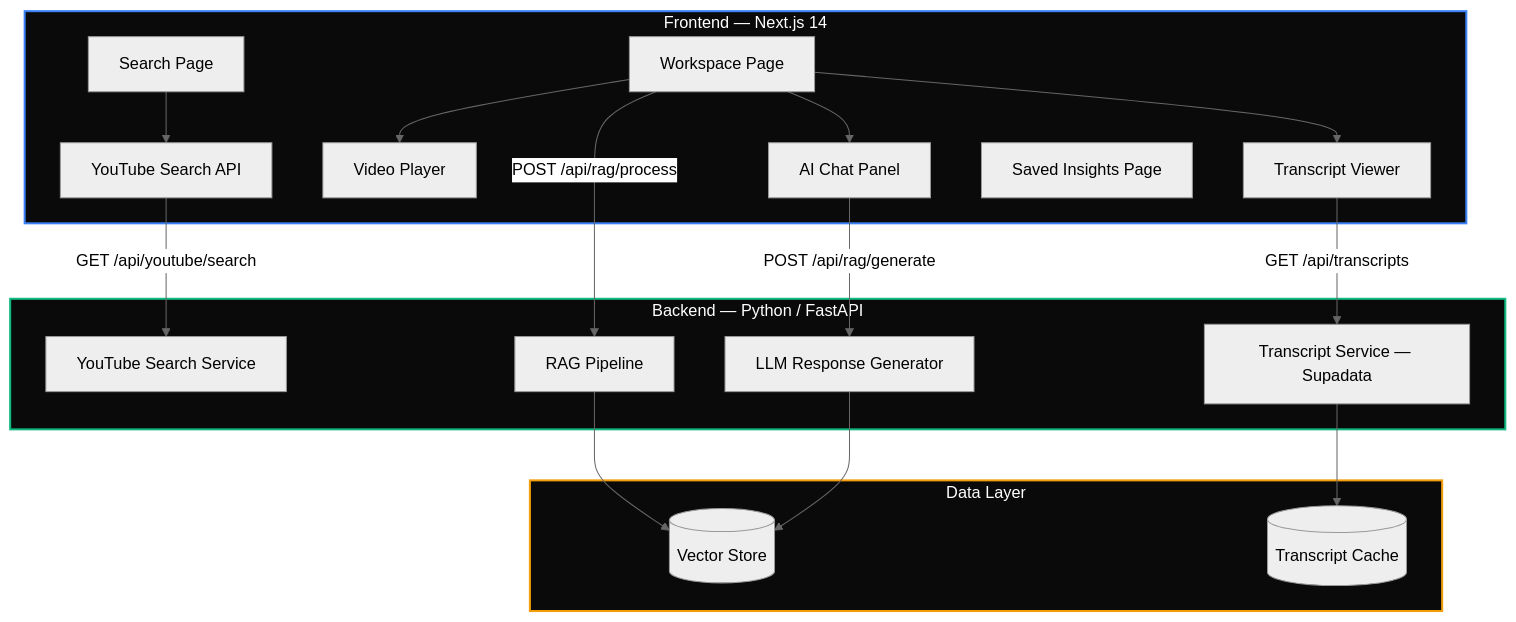
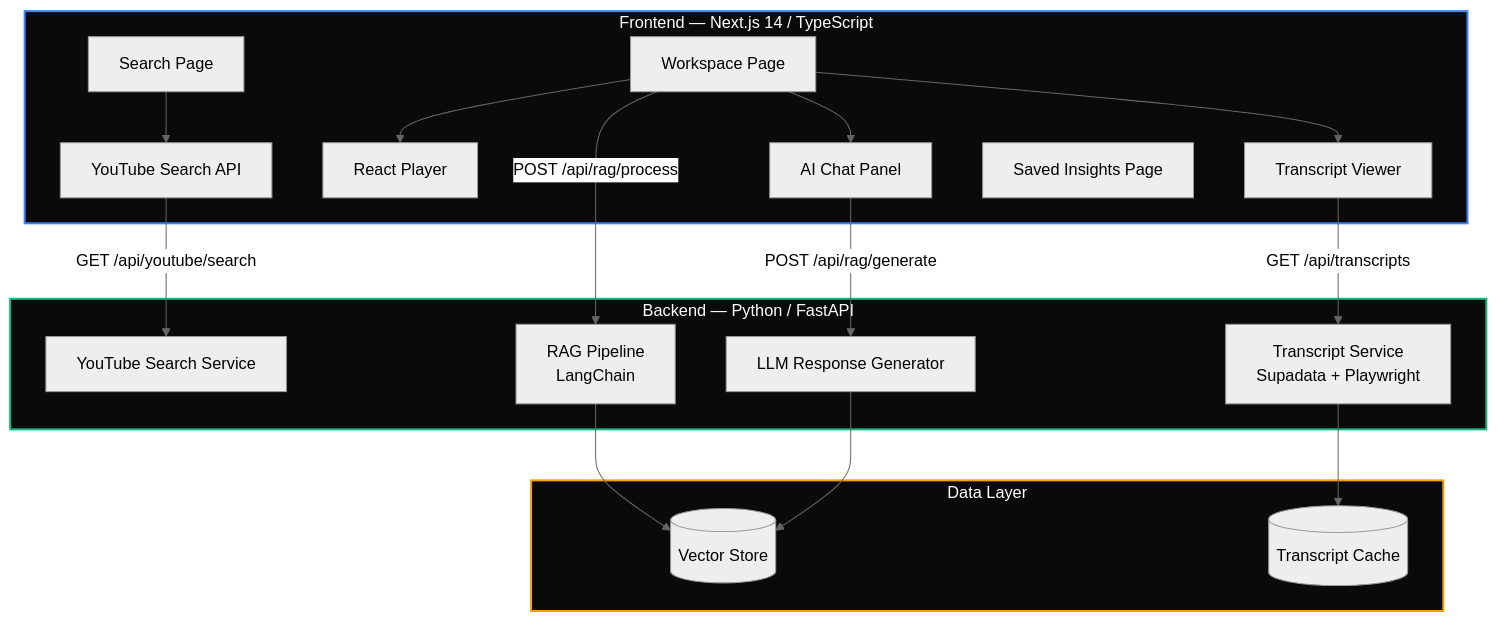
One commit to Sparshg3011/PodSearch changed the diagram in README.md. Above: the diagram before and after it, drawn with Mermaid (neutral theme). The commit also changed other lines of this file, not shown here.

````diff
--- a/README.md
+++ b/README.md
@@ -43,34 +43,34 @@
 ```mermaid
 graph TB
-    subgraph Client ["Frontend — Next.js 14"]
+    subgraph Client ["Frontend — Next.js 14 / TypeScript"]
         A[Search Page] --> B[YouTube Search API]
-        C[Workspace Page] --> D[Video Player]
+        C[Workspace Page] --> D[React Player]
         C --> E[AI Chat Panel]
         C --> F[Transcript Viewer]
         G[Saved Insights Page]
     end
 
     subgraph Server ["Backend — Python / FastAPI"]
         H[YouTube Search Service]
-        I[Transcript Service — Supadata]
-        J[RAG Pipeline]
+        I[Transcript Service<br/>Supadata + Playwright]
+        J[RAG Pipeline<br/>LangChain]
         K[LLM Response Generator]
     end
 
     subgraph Storage ["Data Layer"]
         L[(Vector Store)]
         M[(Transcript Cache)]
     end
 
     B -->|GET /api/youtube/search| H
     E -->|POST /api/rag/generate| K
     F -->|GET /api/transcripts| I
     C -->|POST /api/rag/process| J
     J --> L
     K --> L
     I --> M
 
     style Client fill:#0a0a0a,stroke:#3b82f6,stroke-width:2px,color:#fff
     style Server fill:#0a0a0a,stroke:#10b981,stroke-width:2px,color:#fff
     style Storage fill:#0a0a0a,stroke:#f59e0b,stroke-width:2px,color:#fff
 ```
````
